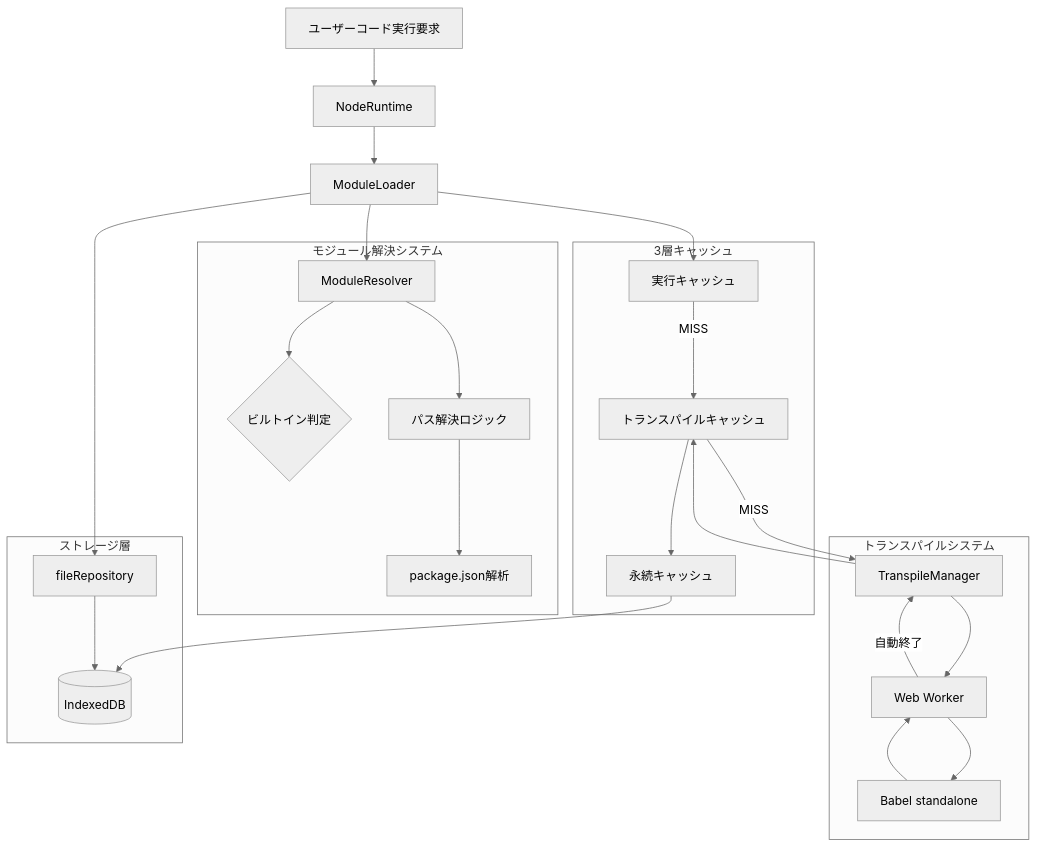
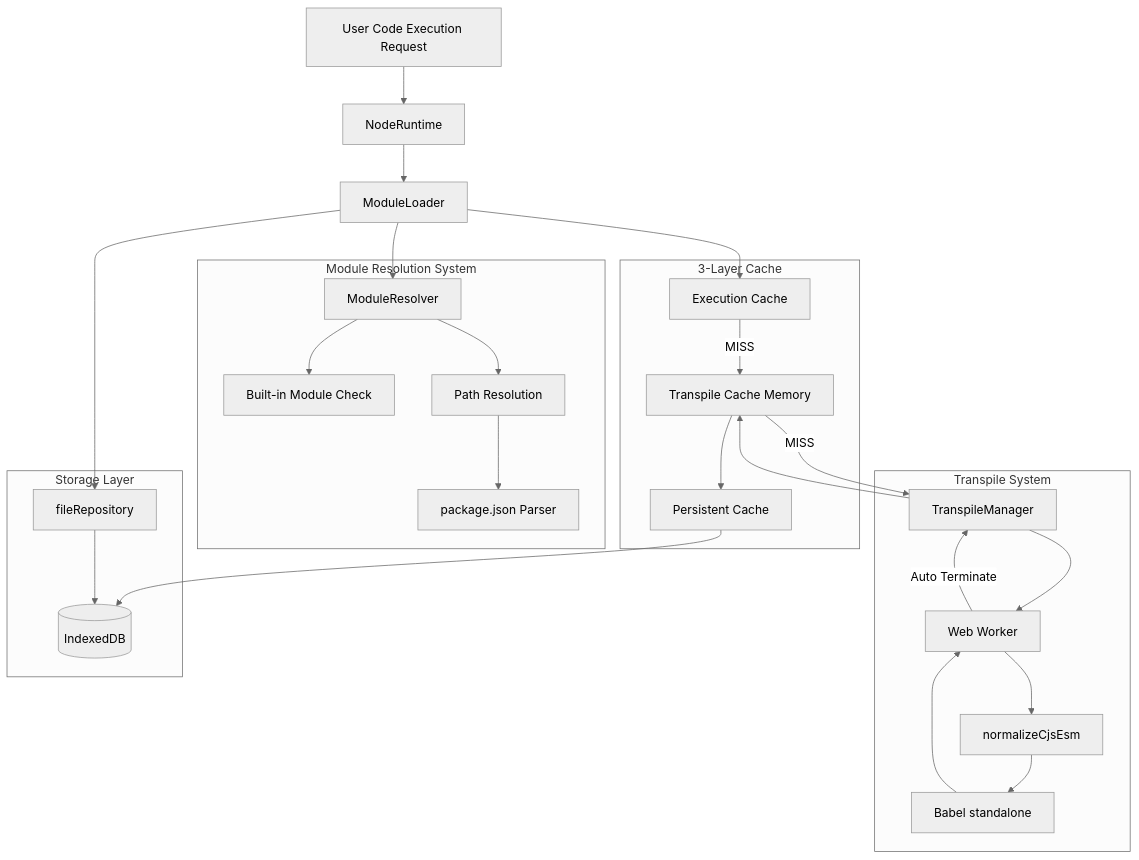
One commit to Stasshe/Pyxis-CodeCanvas changed the first of 12 diagrams in docs/NODE-RUNTIME.md. Above: the diagram before and after it, drawn with Mermaid (neutral theme). The commit also changed other lines of this file, not shown here.

Commit message:
Implement code changes to enhance functionality and improve performance

````diff
--- a/docs/NODE-RUNTIME.md
+++ b/docs/NODE-RUNTIME.md
@@ -29,54 +29,56 @@
 ```mermaid
 graph TB
-    User[ユーザーコード実行要求]
+    User[User Code Execution Request]
     Runtime[NodeRuntime]
     Loader[ModuleLoader]
     
-    subgraph Resolution[モジュール解決システム]
+    subgraph Resolution[Module Resolution System]
         Resolver[ModuleResolver]
-        BuiltinCheck{ビルトイン判定}
-        PathResolve[パス解決ロジック]
-        PackageJSON[package.json解析]
+        BuiltinCheck[Built-in Module Check]
+        PathResolve[Path Resolution]
+        PackageJSON[package.json Parser]
     end
     
-    subgraph TranspileSystem[トランスパイルシステム]
+    subgraph TranspileSystem[Transpile System]
         Manager[TranspileManager]
         Worker[Web Worker]
         Babel[Babel standalone]
+        Normalize[normalizeCjsEsm]
     end
     
-    subgraph CacheSystem[3層キャッシュ]
-        ExecCache[実行キャッシュ]
-        TranspileCache[トランスパイルキャッシュ]
-        DiskCache[永続キャッシュ]
+    subgraph CacheSystem[3-Layer Cache]
+        ExecCache[Execution Cache]
+        TranspileCache[Transpile Cache Memory]
+        DiskCache[Persistent Cache]
     end
     
-    subgraph Storage[ストレージ層]
+    subgraph Storage[Storage Layer]
         FileRepo[fileRepository]
         IDB[(IndexedDB)]
     end
     
     User --> Runtime
     Runtime --> Loader
     Loader --> Resolver
     
     Resolver --> BuiltinCheck
     Resolver --> PathResolve
     PathResolve --> PackageJSON
     
     Loader --> ExecCache
     ExecCache -->|MISS| TranspileCache
     TranspileCache -->|MISS| Manager
     
     Manager --> Worker
-    Worker --> Babel
+    Worker --> Normalize
+    Normalize --> Babel
     Babel --> Worker
-    Worker -->|自動終了| Manager
+    Worker -->|Auto Terminate| Manager
     
     Manager --> TranspileCache
     TranspileCache --> DiskCache
     DiskCache --> IDB
     
     Loader --> FileRepo
     FileRepo --> IDB
 ```
````
